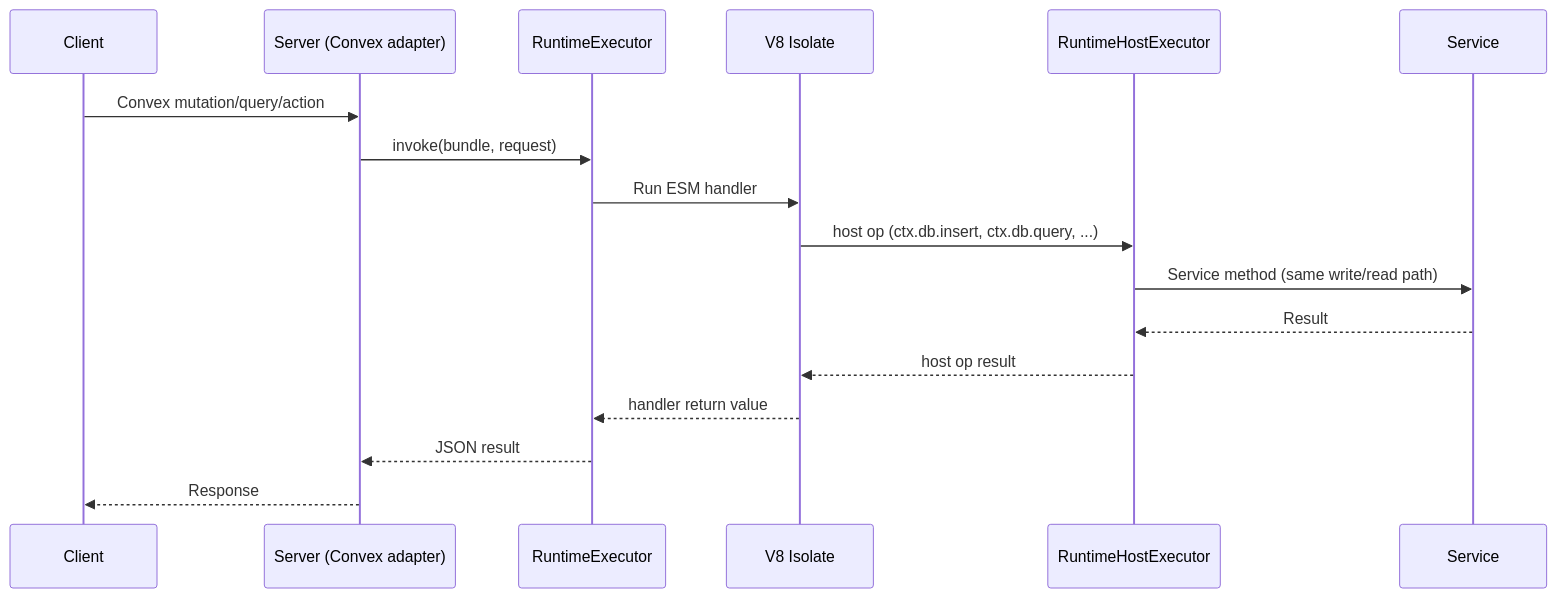
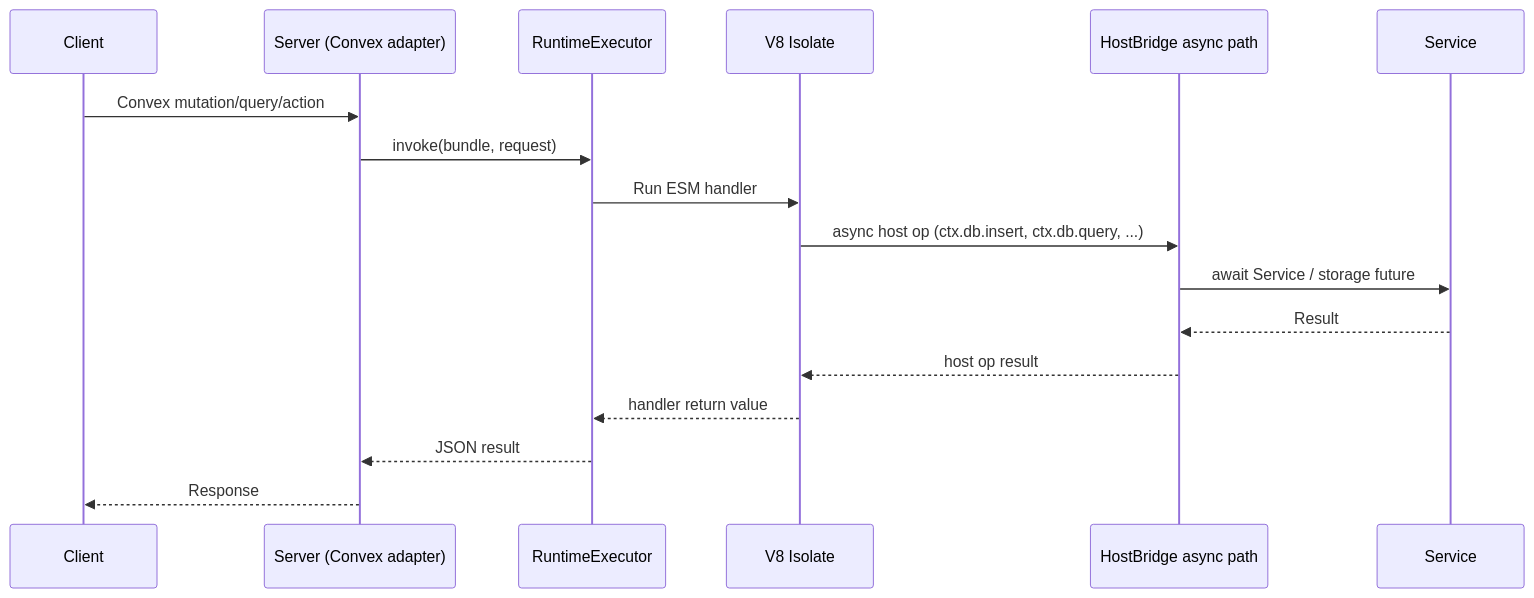
Before and after one commit to nimbus/nimbus: the fifth of 6 diagrams in ARCHITECTURE.md, drawn with Mermaid. The commit also changed other lines of this file and 18 other files, not shown here.

````diff
--- a/ARCHITECTURE.md
+++ b/ARCHITECTURE.md
@@ -372,20 +432,20 @@
 ```mermaid
 sequenceDiagram
     participant C as Client
     participant Srv as Server (Convex adapter)
     participant Exec as RuntimeExecutor
     participant V8 as V8 Isolate
-    participant HExec as RuntimeHostExecutor
+    participant HB as HostBridge async path
     participant Svc as Service
 
     C->>Srv: Convex mutation/query/action
     Srv->>Exec: invoke(bundle, request)
     Exec->>V8: Run ESM handler
-    V8->>HExec: host op (ctx.db.insert, ctx.db.query, ...)
-    HExec->>Svc: Service method (same write/read path)
-    Svc-->>HExec: Result
-    HExec-->>V8: host op result
+    V8->>HB: async host op (ctx.db.insert, ctx.db.query, ...)
+    HB->>Svc: await Service / storage future
+    Svc-->>HB: Result
+    HB-->>V8: host op result
     V8-->>Exec: handler return value
     Exec-->>Srv: JSON result
     Srv-->>C: Response
 ```
````
